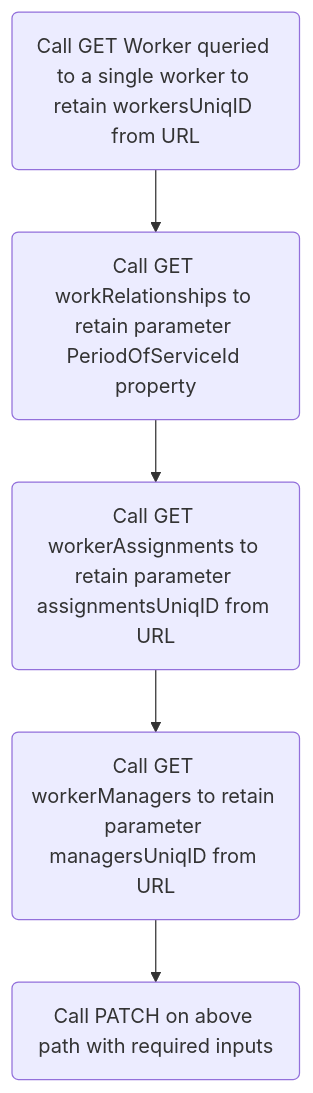
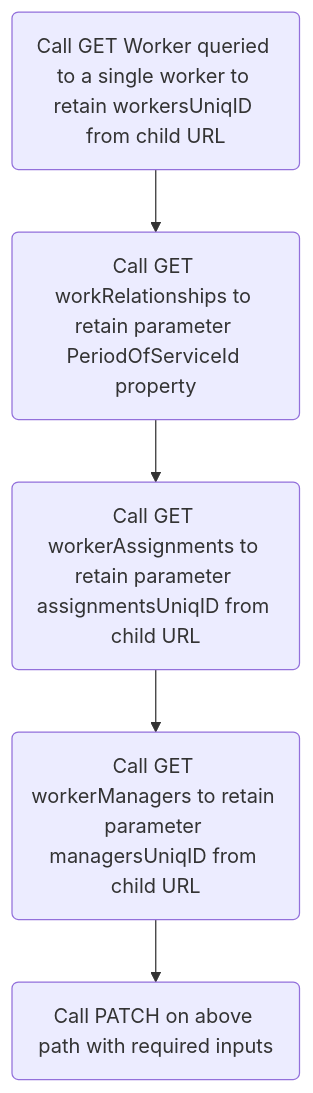
Before and after one commit to ibm-client-engineering/solution-askhr: the second of 2 diagrams in docs/02-Use Cases/02-TransferWorker.mdx, drawn with Mermaid. The commit also changed other lines of this file, not shown here.

````diff
--- a/docs/02-Use Cases/02-TransferWorker.mdx
+++ b/docs/02-Use Cases/02-TransferWorker.mdx
@@ -81,4 +81,4 @@
 ```mermaid
 flowchart
-    A(Call GET Worker queried to a single worker to retain workersUniqID from URL)--> B(Call GET workRelationships to retain parameter PeriodOfServiceId property)-->C(Call GET workerAssignments to retain parameter assignmentsUniqID from URL)-->D(Call GET workerManagers to retain parameter managersUniqID from URL)-->E(Call PATCH on above path with required inputs)
+    A(Call GET Worker queried to a single worker to retain workersUniqID from child URL)--> B(Call GET workRelationships to retain parameter PeriodOfServiceId property)-->C(Call GET workerAssignments to retain parameter assignmentsUniqID from child URL)-->D(Call GET workerManagers to retain parameter managersUniqID from child URL)-->E(Call PATCH on above path with required inputs)
 ```
````
